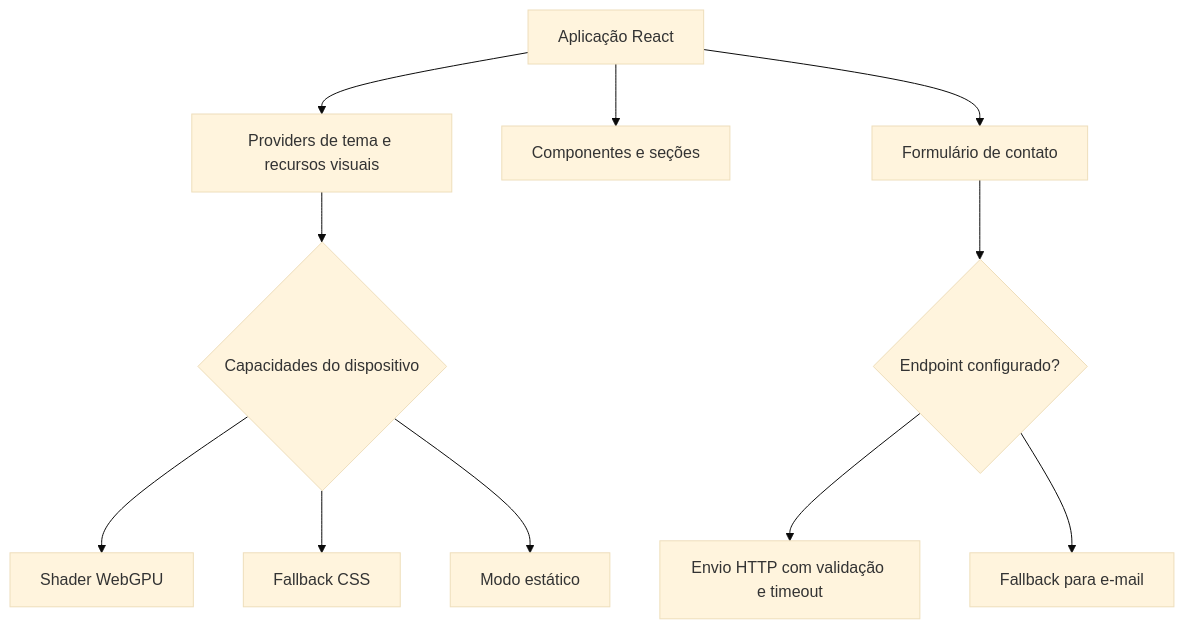
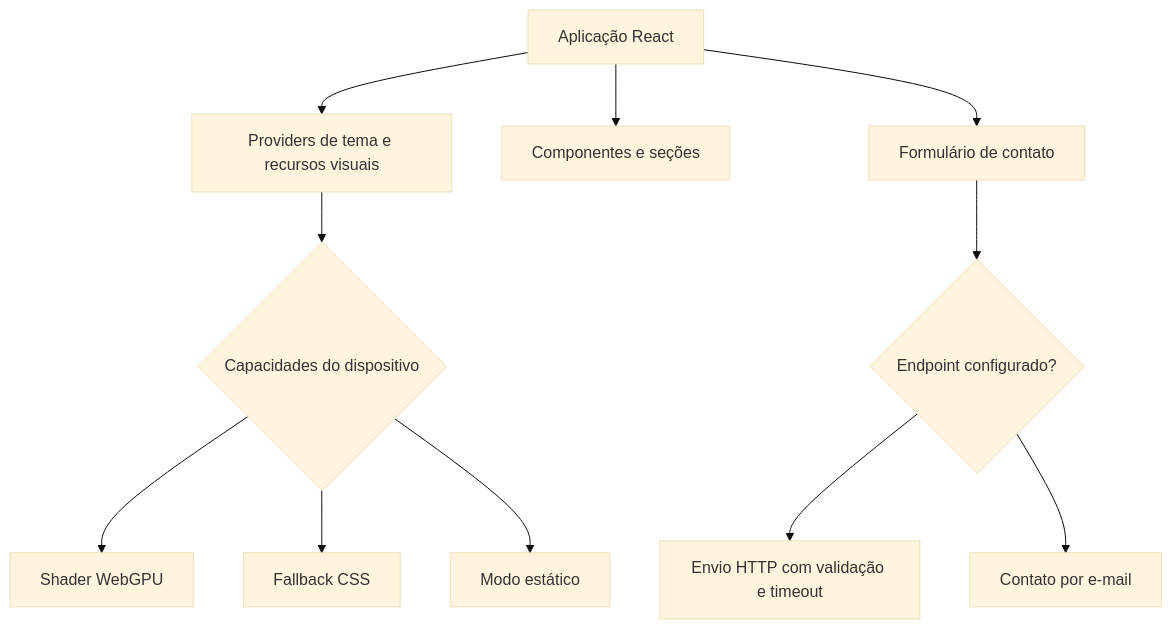
One commit to g4brielbr4sil/barthy-web-studio-v2 changed the diagram in README.md. Above: the diagram before and after it, drawn with Mermaid (base theme). The commit also changed other lines of this file and 3 other files, not shown here.

````diff
--- a/README.md
+++ b/README.md
@@ -130,15 +130,15 @@
 ```mermaid
 flowchart TD
     APP[Aplicação React] --> PROVIDERS[Providers de tema e recursos visuais]
     APP --> UI[Componentes e seções]
     APP --> CONTACT[Formulário de contato]
 
     PROVIDERS --> CAPABILITIES{Capacidades do dispositivo}
     CAPABILITIES --> SHADER[Shader WebGPU]
     CAPABILITIES --> CSS[Fallback CSS]
     CAPABILITIES --> STATIC[Modo estático]
 
     CONTACT --> ENDPOINT{Endpoint configurado?}
     ENDPOINT --> API[Envio HTTP com validação e timeout]
-    ENDPOINT --> EMAIL[Fallback para e-mail]
+    ENDPOINT --> EMAIL[Contato por e-mail]
 ```
````
